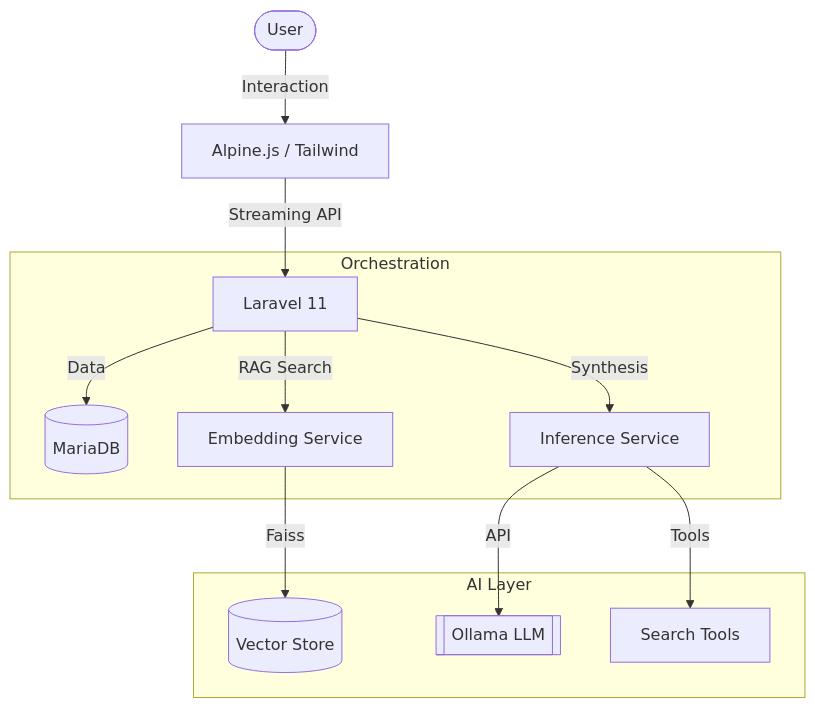
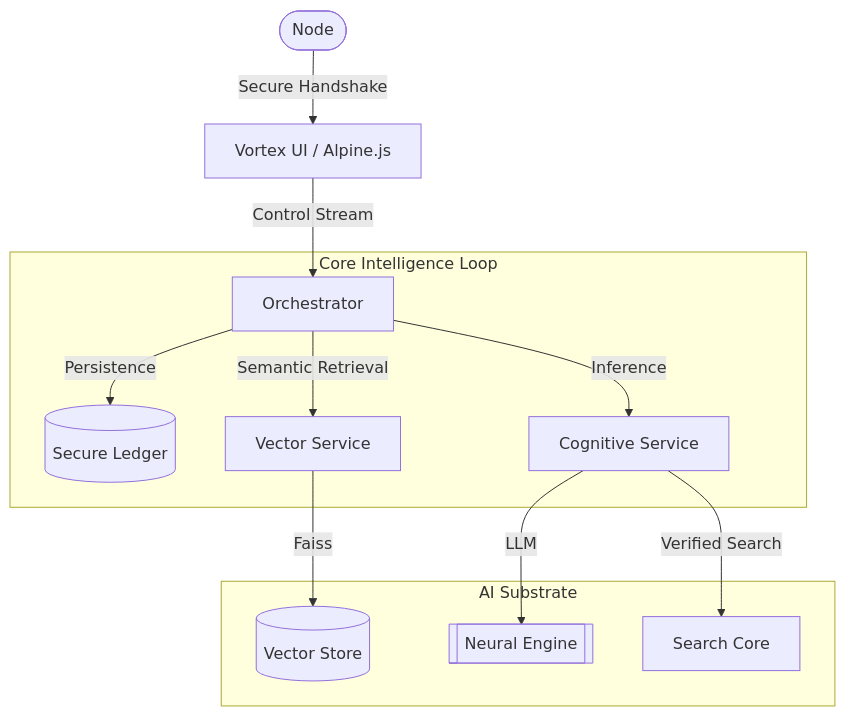
One commit to abesquirrel/rephraser_project changed the diagram in README.md. Above: the diagram before and after it, drawn with Mermaid. The commit also changed other lines of this file and 8 other files, not shown here.

````diff
--- a/README.md
+++ b/README.md
@@ -11,17 +22,17 @@
 ```mermaid
 graph TD
-    User([User]) -->|Interaction| Frontend[Alpine.js / Tailwind]
-    Frontend -->|Streaming API| Laravel[Laravel 11]
+    User([Node]) -->|Secure Handshake| Frontend[Vortex UI / Alpine.js]
+    Frontend -->|Control Stream| Laravel[Orchestrator]
 
-    subgraph "Orchestration"
-        Laravel -->|Data| DB[(MariaDB)]
-        Laravel -->|RAG Search| PyEmbed[Embedding Service]
-        Laravel -->|Synthesis| PyInfer[Inference Service]
+    subgraph "Core Intelligence Loop"
+        Laravel -->|Persistence| DB[(Secure Ledger)]
+        Laravel -->|Semantic Retrieval| PyEmbed[Vector Service]
+        Laravel -->|Inference| PyInfer[Cognitive Service]
     end
 
-    subgraph "AI Layer"
+    subgraph "AI Substrate"
         PyEmbed -->|Faiss| KB[(Vector Store)]
-        PyInfer -->|API| Ollama[[Ollama LLM]]
-        PyInfer -->|Tools| Web[Search Tools]
+        PyInfer -->|LLM| Ollama[[Neural Engine]]
+        PyInfer -->|Verified Search| Web[Search Core]
     end
 ```
````
